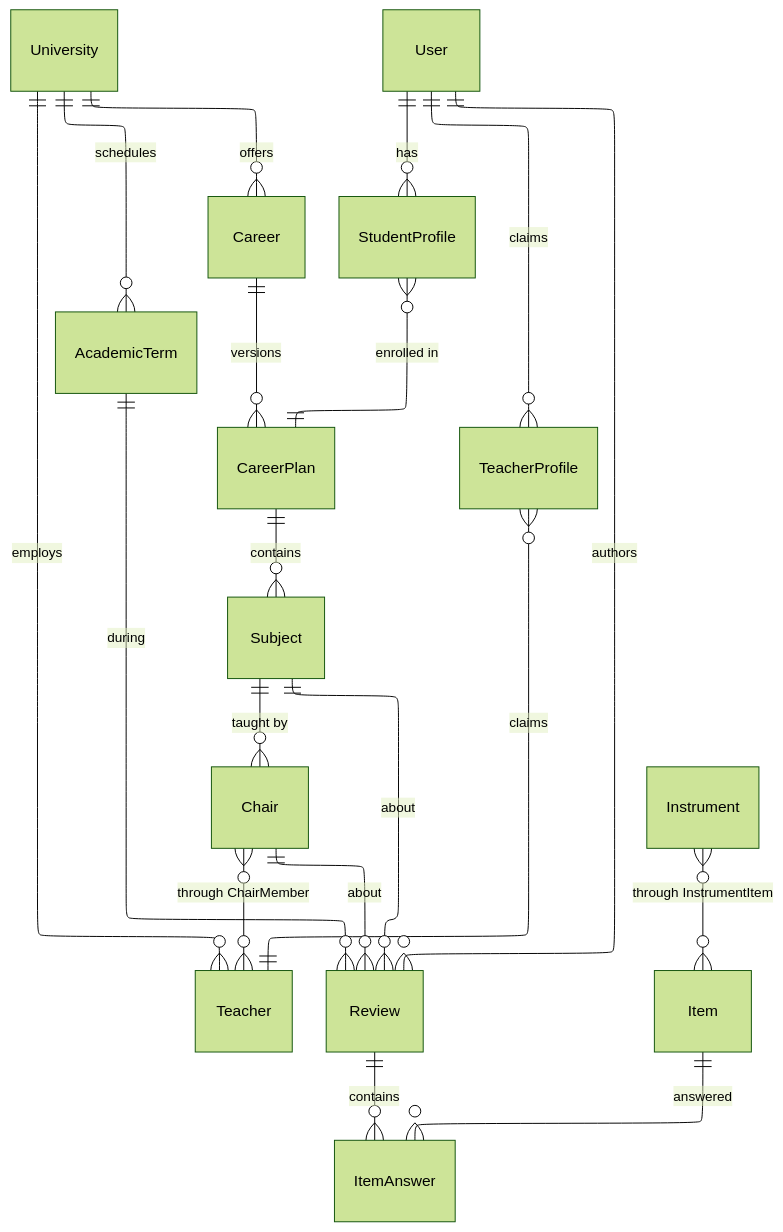
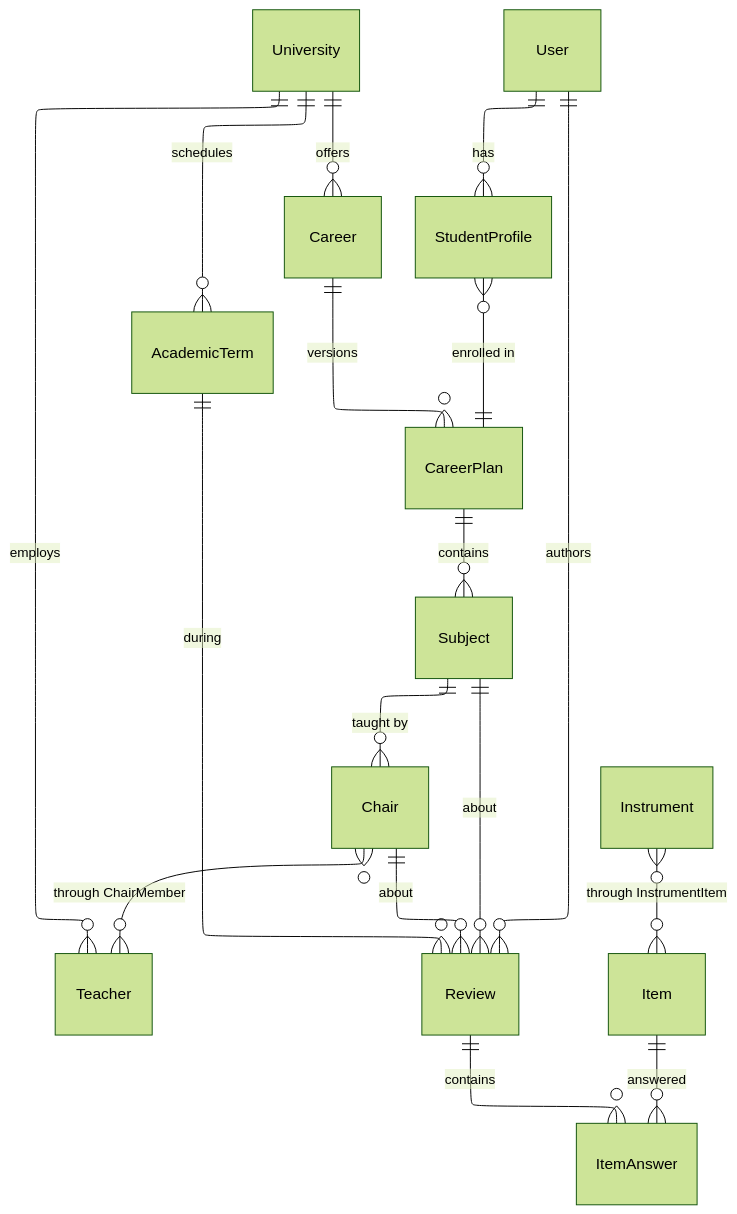
One commit to lucasidev/plan-b changed the first of 3 diagrams in docs/engineering/data-model.md. Above: the diagram before and after it, drawn with Mermaid (forest theme). The commit also changed other lines of this file and 31 other files, not shown here.

First line of the commit message:
chore(identity): TeacherProfile goes with the claim it modelled

````diff
--- a/docs/engineering/data-model.md
+++ b/docs/engineering/data-model.md
@@ -23,28 +23,26 @@
 ```mermaid
 ---
 config:
     layout: elk
 ---
 erDiagram
     University ||--o{ Career : offers
     University ||--o{ Teacher : employs
     University ||--o{ AcademicTerm : schedules
     Career ||--o{ CareerPlan : versions
     CareerPlan ||--o{ Subject : contains
 
     User ||--o{ StudentProfile : has
-    User ||--o{ TeacherProfile : claims
     StudentProfile }o--|| CareerPlan : "enrolled in"
-    TeacherProfile }o--|| Teacher : "claims"
 
     Subject ||--o{ Chair : "taught by"
     Chair }o--o{ Teacher : "through ChairMember"
 
     User ||--o{ Review : authors
     Subject ||--o{ Review : about
     AcademicTerm ||--o{ Review : during
     Chair ||--o{ Review : about
     Review ||--o{ ItemAnswer : contains
     Item ||--o{ ItemAnswer : answered
     Instrument }o--o{ Item : "through InstrumentItem"
 ```
````
